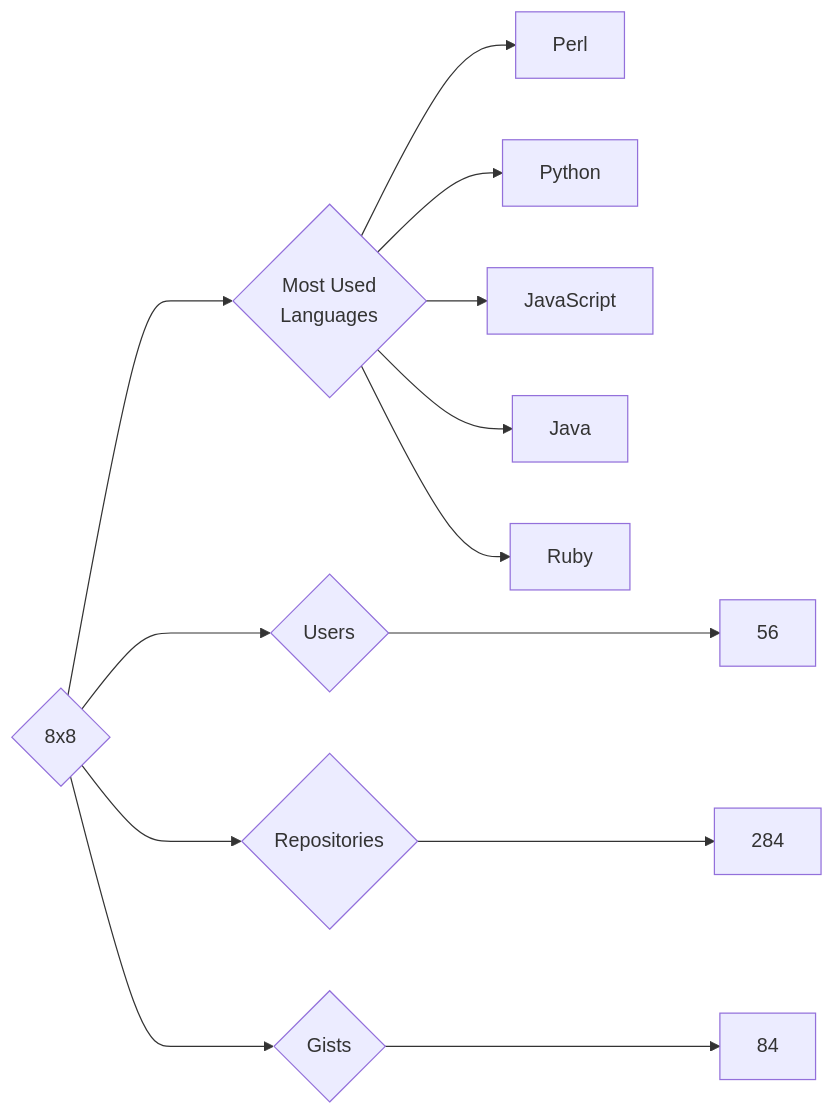
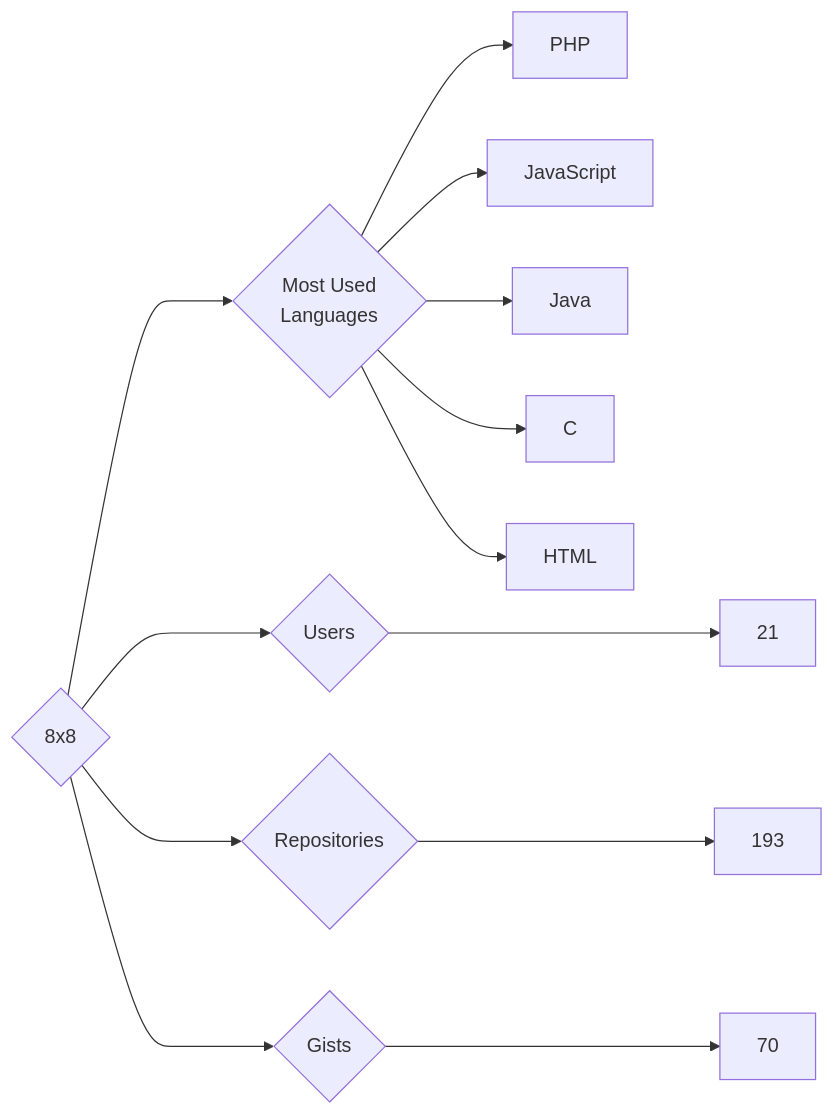
The diagram in targets/8x8/README.md (trickest/insiders), drawn with Mermaid before and after one commit. The commit also changed 736 other files, not shown here.

````diff
--- a/targets/8x8/README.md
+++ b/targets/8x8/README.md
@@ -3,13 +3,13 @@
 ```mermaid
 graph LR
 COMPANY_NAME{8x8}
-COMPANY_NAME ---> U{Users} ---> UN[56]
-COMPANY_NAME ---> R{Repositories} ---> RN[284]
-COMPANY_NAME ---> G{Gists} ---> GN[84]
+COMPANY_NAME ---> U{Users} ---> UN[21]
+COMPANY_NAME ---> R{Repositories} ---> RN[193]
+COMPANY_NAME ---> G{Gists} ---> GN[70]
 COMPANY_NAME ---> ML{Most Used<br>Languages}
-ML --> Perl[Perl]
-ML --> Python[Python]
+ML --> PHP[PHP]
 ML --> JavaScript[JavaScript]
 ML --> Java[Java]
-ML --> Ruby[Ruby]
+ML --> C[C]
+ML --> HTML[HTML]
 ```
````
